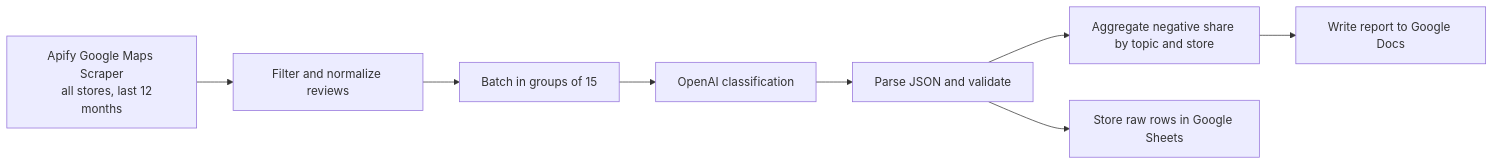
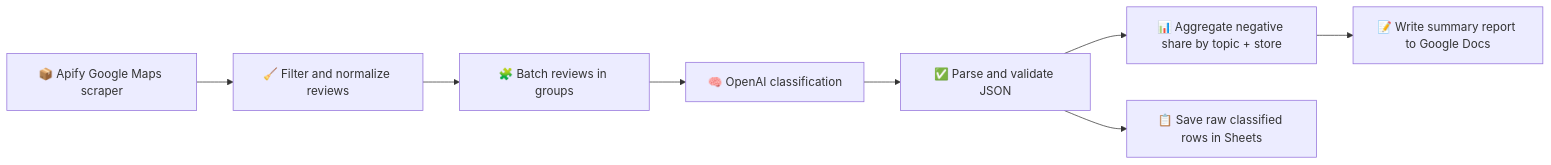
Before and after one commit to RimmaMaevaL/portfolio: the diagram in projects/yabko-google-maps-review-intelligence/README.md, drawn with Mermaid. The commit also changed other lines of this file and 8 other files, not shown here.

````diff
--- a/projects/yabko-google-maps-review-intelligence/README.md
+++ b/projects/yabko-google-maps-review-intelligence/README.md
@@ -22,11 +34,10 @@
 ```mermaid
 flowchart LR
-    A[Apify Google Maps Scraper
-    all stores, last 12 months] --> B[Filter and normalize reviews]
-    B --> C[Batch in groups of 15]
-    C --> D[OpenAI classification]
-    D --> E[Parse JSON and validate]
-    E --> F[Aggregate negative share by topic and store]
-    F --> G[Write report to Google Docs]
-    E --> H[Store raw rows in Google Sheets]
+    A[📦 Apify Google Maps scraper] --> B[🧹 Filter and normalize reviews]
+    B --> C[🧩 Batch reviews in groups]
+    C --> D[🧠 OpenAI classification]
+    D --> E[✅ Parse and validate JSON]
+    E --> F[📊 Aggregate negative share by topic + store]
+    F --> G[📝 Write summary report to Google Docs]
+    E --> H[📋 Save raw classified rows in Sheets]
 ```
````
